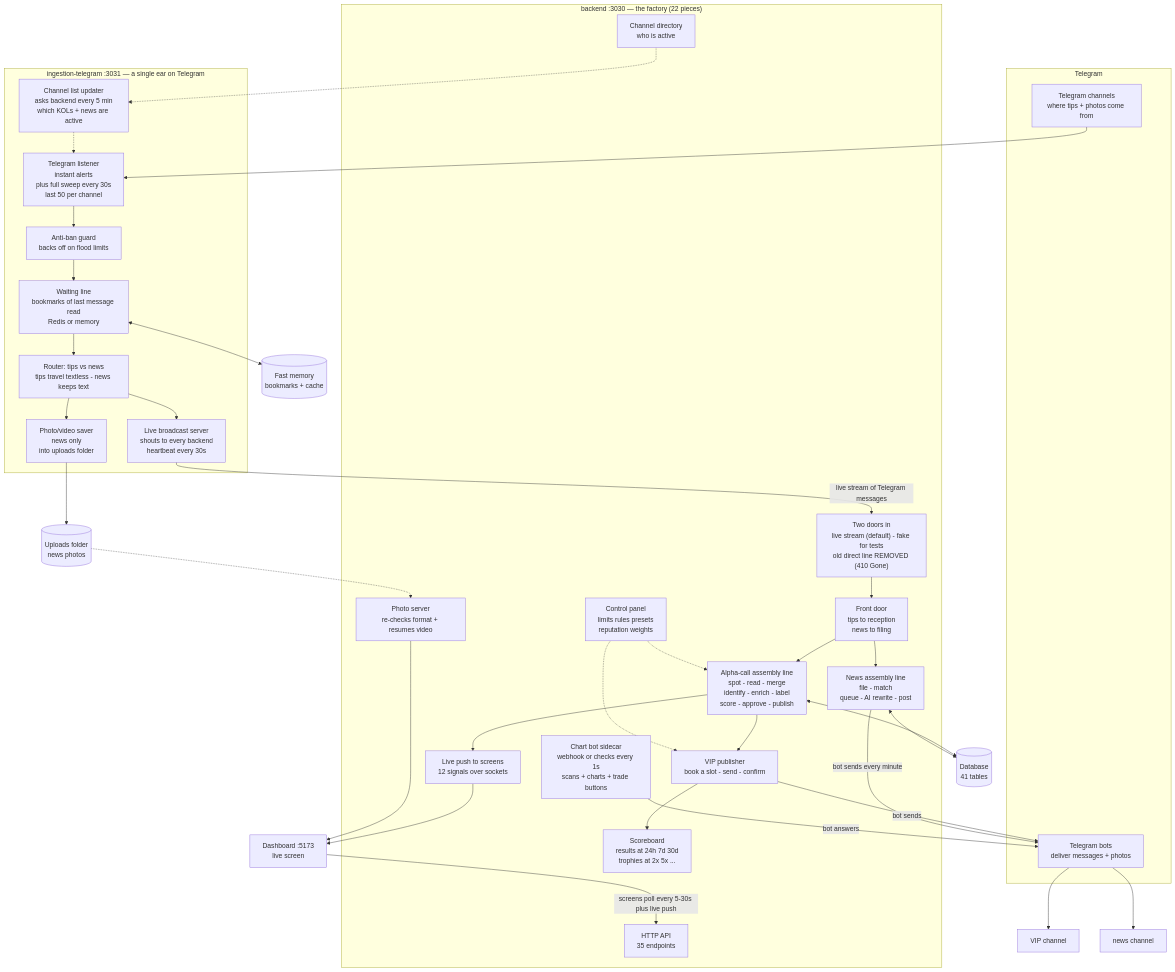
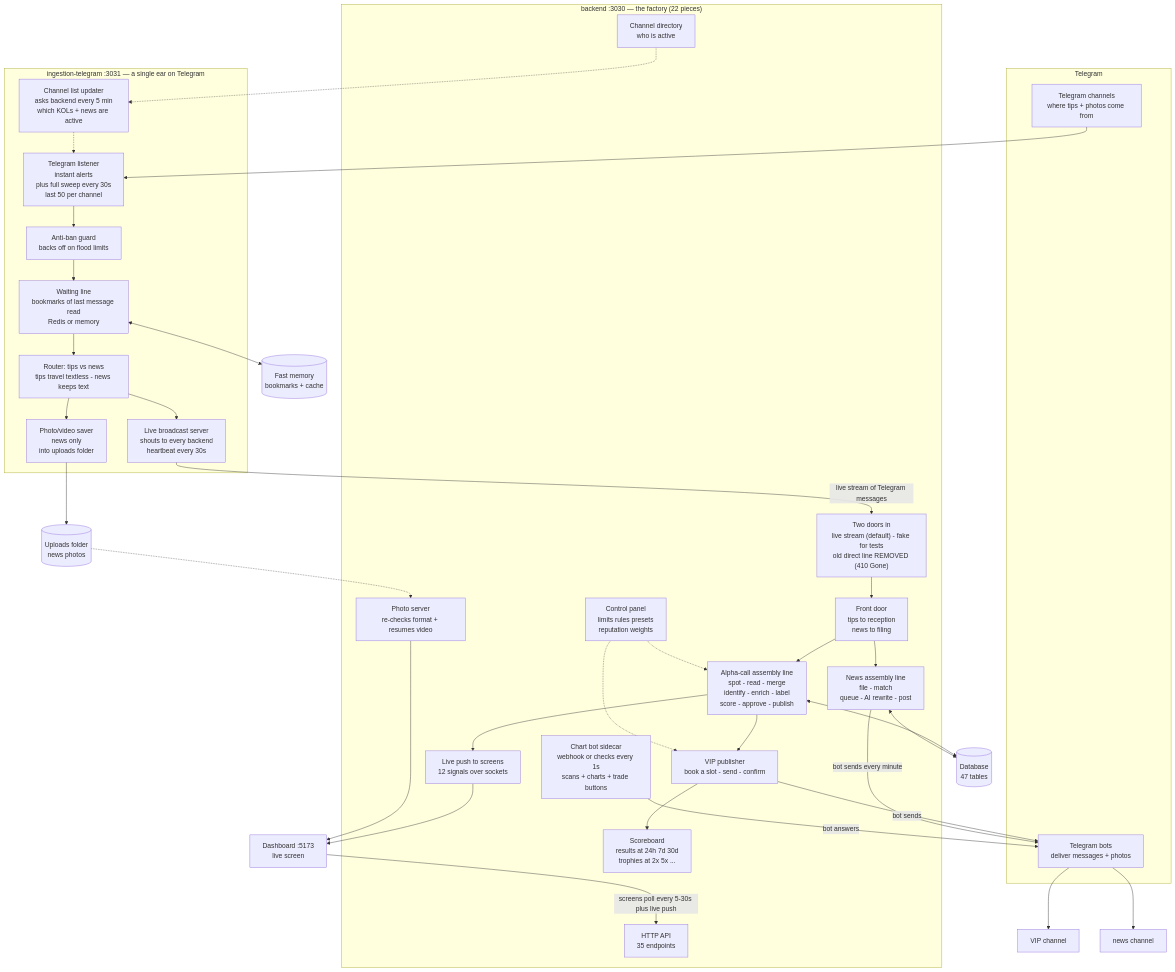
Before and after one commit to bryanstevensacosta/onchain-bot: the first of 5 diagrams in README.md, drawn with Mermaid. The commit also changed other lines of this file, not shown here.

````diff
--- a/README.md
+++ b/README.md
@@ -89,59 +89,59 @@
 ```mermaid
 flowchart TB
     subgraph TG["Telegram"]
         MT["Telegram channels<br/>where tips + photos come from"]
         BOT["Telegram bots<br/>deliver messages + photos"]
     end
 
     subgraph ING["ingestion-telegram :3031 — a single ear on Telegram"]
         CHPROV["Channel list updater<br/>asks backend every 5 min<br/>which KOLs + news are active"]
         LIS["Telegram listener<br/>instant alerts<br/>plus full sweep every 30s<br/>last 50 per channel"]
         SAFE["Anti-ban guard<br/>backs off on flood limits"]
         Q["Waiting line<br/>bookmarks of last message read<br/>Redis or memory"]
         COORD["Router: tips vs news<br/>tips travel textless - news keeps text"]
         MEDIA["Photo/video saver<br/>news only<br/>into uploads folder"]
         SSE["Live broadcast server<br/>shouts to every backend<br/>heartbeat every 30s"]
     end
 
     subgraph BE["backend :3030 — the factory (22 pieces)"]
         MODE["Two doors in<br/>live stream (default) - fake for tests<br/>old direct line REMOVED (410 Gone)"]
         ICOORD["Front door<br/>tips to reception<br/>news to filing"]
         PIPE["Alpha-call assembly line<br/>spot - read - merge<br/>identify - enrich - label<br/>score - approve - publish"]
         NEWSP["News assembly line<br/>file - match<br/>queue - AI rewrite - post"]
         PUBL["VIP publisher<br/>book a slot - send - confirm"]
         TRK["Scoreboard<br/>results at 24h 7d 30d<br/>trophies at 2x 5x ..."]
         DEX["Chart bot sidecar<br/>webhook or checks every 1s<br/>scans + charts + trade buttons"]
         WS["Live push to screens<br/>12 signals over sockets"]
         CFG["Control panel<br/>limits rules presets<br/>reputation weights"]
         IDS["Channel directory<br/>who is active"]
         MSRV["Photo server<br/>re-checks format + resumes video"]
         API["HTTP API<br/>35 endpoints"]
     end
 
-    DB[(Database<br/>41 tables)]
+    DB[(Database<br/>47 tables)]
     REDIS[(Fast memory<br/>bookmarks + cache)]
     UPL[(Uploads folder<br/>news photos)]
     FE["Dashboard :5173<br/>live screen"]
 
     MT --> LIS
     LIS --> SAFE --> Q --> COORD
     COORD --> MEDIA --> UPL
     COORD --> SSE
     CHPROV -.-> LIS
     IDS -.-> CHPROV
     SSE -- "live stream of Telegram messages" --> MODE --> ICOORD
     ICOORD --> PIPE --> PUBL
     ICOORD --> NEWSP
     PUBL --> TRK
     CFG -.-> PIPE
     CFG -.-> PUBL
     PIPE --> WS --> FE
     PUBL -- "bot sends" --> BOT --> VIP["VIP channel"]
     NEWSP -- "bot sends every minute" --> BOT --> NCH["news channel"]
     DEX -- "bot answers" --> BOT
     PIPE <--> DB
     NEWSP <--> DB
     Q <--> REDIS
     UPL -.-> MSRV --> FE
     FE -- "screens poll every 5-30s plus live push" --> API
 ```
````
